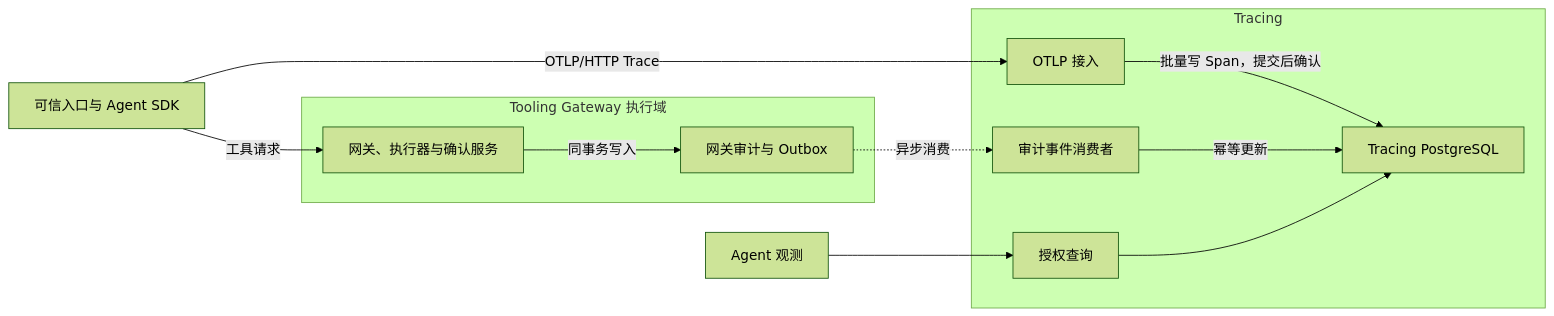
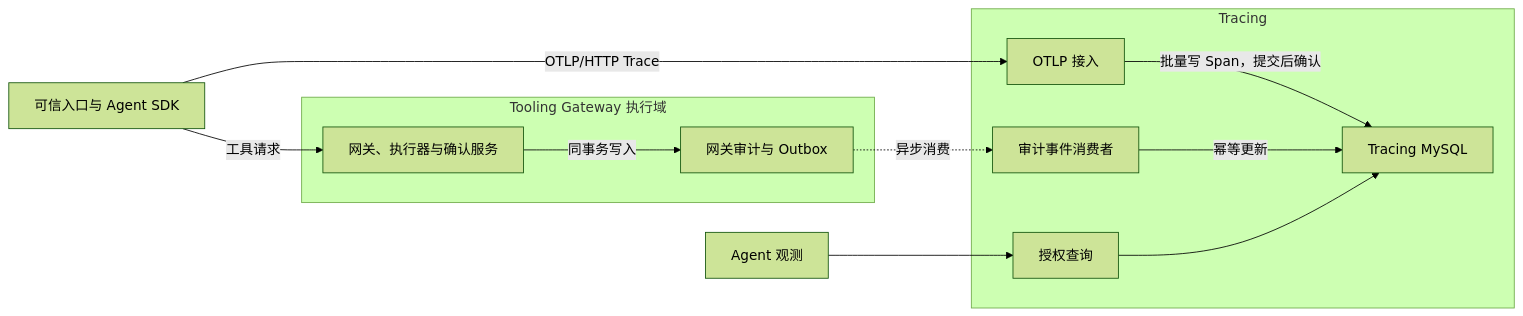
One commit to zhaochy1990/dubhe changed the diagram in docs/architecture/tracing-architecture.md. Above: the diagram before and after it, drawn with Mermaid (forest theme). The commit also changed other lines of this file and 4 other files, not shown here.

Commit message:
Use MySQL for V1 Tracing storage

````diff
--- a/docs/architecture/tracing-architecture.md
+++ b/docs/architecture/tracing-architecture.md
@@ -36,15 +36,15 @@
 ```mermaid
 flowchart LR
   Agent["可信入口与 Agent SDK"] -->|OTLP/HTTP Trace| Ingest
   Agent -->|工具请求| Gateway
   subgraph Tooling["Tooling Gateway 执行域"]
     Gateway["网关、执行器与确认服务"] -->|同事务写入| Audit["网关审计与 Outbox"]
   end
   subgraph Tracing["Tracing"]
-    Ingest["OTLP 接入"] -->|批量写 Span，提交后确认| Store["Tracing PostgreSQL"]
+    Ingest["OTLP 接入"] -->|批量写 Span，提交后确认| Store["Tracing MySQL"]
     Consumer["审计事件消费者"] -->|幂等更新| Store
     Query["授权查询"] --> Store
   end
   Audit -.->|异步消费| Consumer
   Console["Agent 观测"] --> Query
 ```
````
